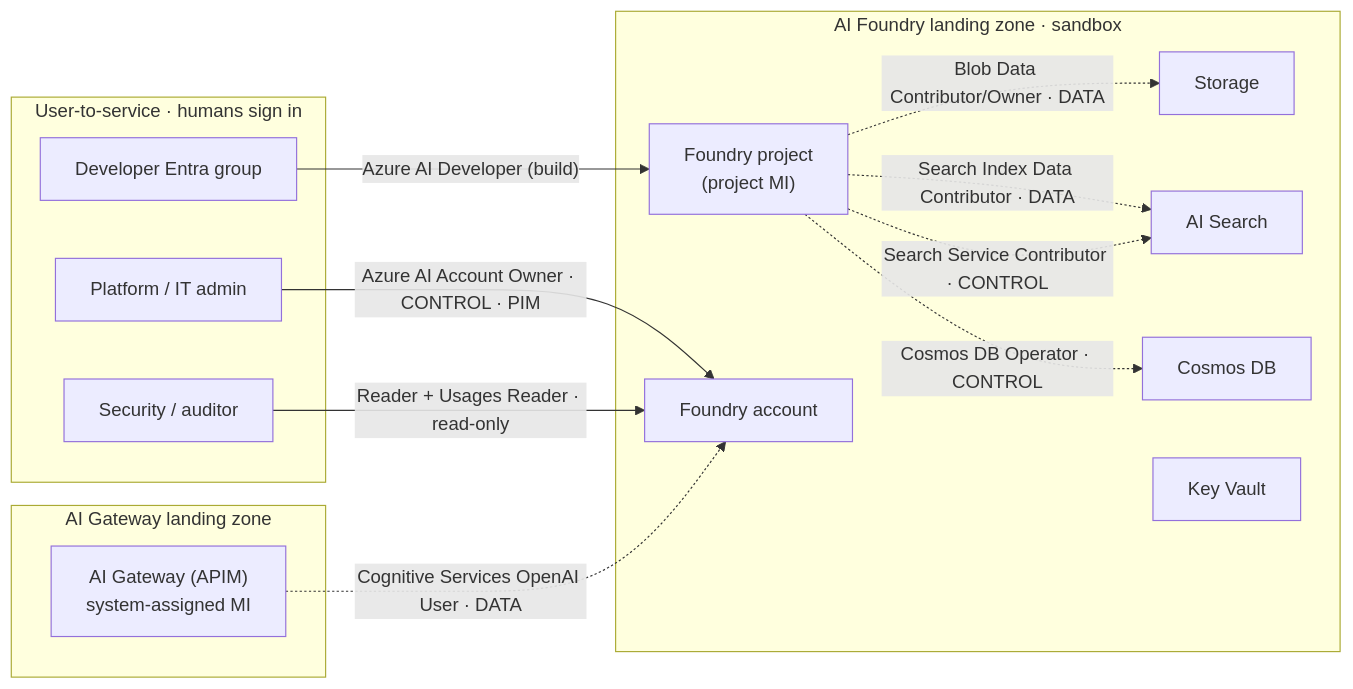
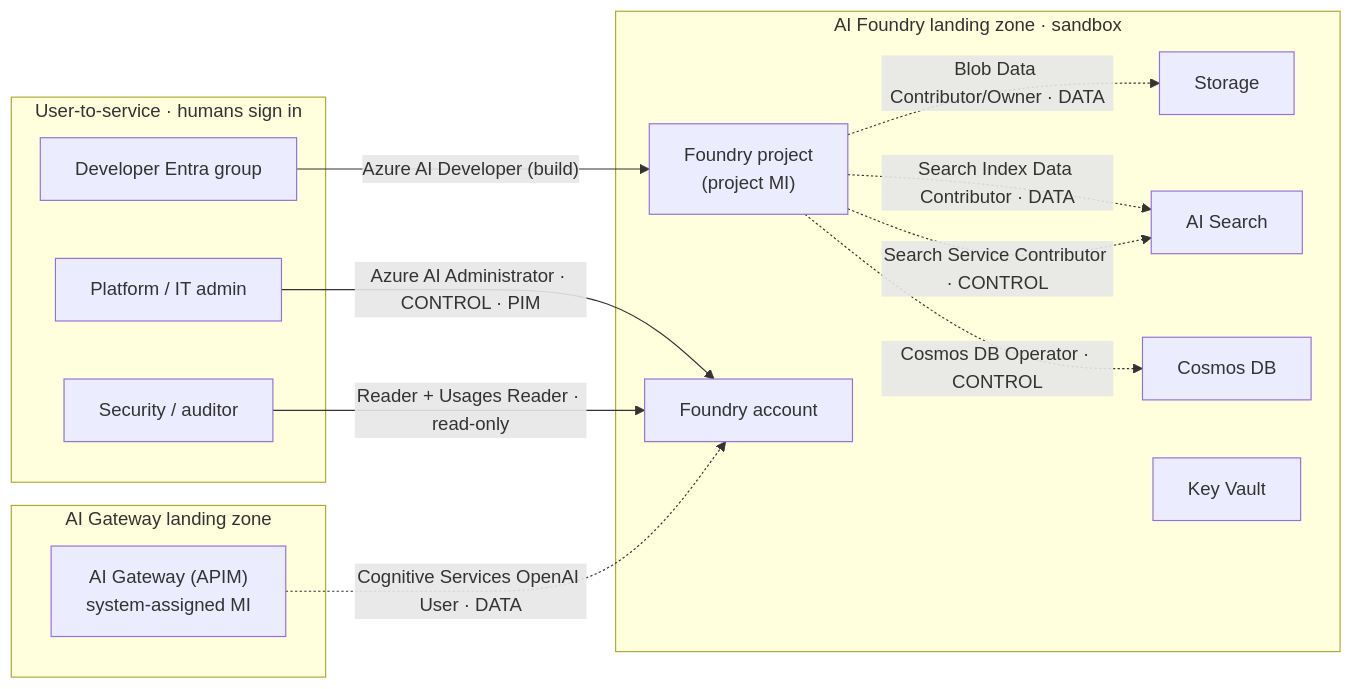
One commit to troyhite/terraform-azurerm-avm-ptn-aiml-landing-zone changed the diagram in examples/baker-mckenzie-workshop/rbac-model.md. Above: the diagram before and after it, drawn with Mermaid. The commit also changed other lines of this file and 12 other files, not shown here.

````diff
--- a/examples/baker-mckenzie-workshop/rbac-model.md
+++ b/examples/baker-mckenzie-workshop/rbac-model.md
@@ -96,36 +95,36 @@
 ```mermaid
 flowchart LR
   subgraph USERS[User-to-service · humans sign in]
     DEV["Developer Entra group"]
     ADMIN["Platform / IT admin"]
     AUD["Security / auditor"]
   end
 
   subgraph HUB[AI Gateway landing zone]
     APIM["AI Gateway (APIM)<br/>system-assigned MI"]
   end
 
   subgraph FDRY[AI Foundry landing zone · sandbox]
     ACCT["Foundry account"]
     PROJ["Foundry project<br/>(project MI)"]
     STOR["Storage"]
     SRCH["AI Search"]
     COSMOS["Cosmos DB"]
     KV["Key Vault"]
   end
 
   %% user-to-service (solid)
   DEV -->|"Azure AI Developer (build)"| PROJ
-  ADMIN -->|"Azure AI Account Owner · CONTROL · PIM"| ACCT
+  ADMIN -->|"Azure AI Administrator · CONTROL · PIM"| ACCT
   AUD -->|"Reader + Usages Reader · read-only"| ACCT
 
   %% service-to-service (dashed)
   APIM -.->|"Cognitive Services OpenAI User · DATA"| ACCT
   PROJ -.->|"Blob Data Contributor/Owner · DATA"| STOR
   PROJ -.->|"Search Index Data Contributor · DATA"| SRCH
   PROJ -.->|"Search Service Contributor · CONTROL"| SRCH
   PROJ -.->|"Cosmos DB Operator · CONTROL"| COSMOS
 
   classDef control fill:#1E40AF,stroke:#1E3A8A,color:#fff;
   classDef data fill:#047857,stroke:#065F46,color:#fff;
 ```
````
